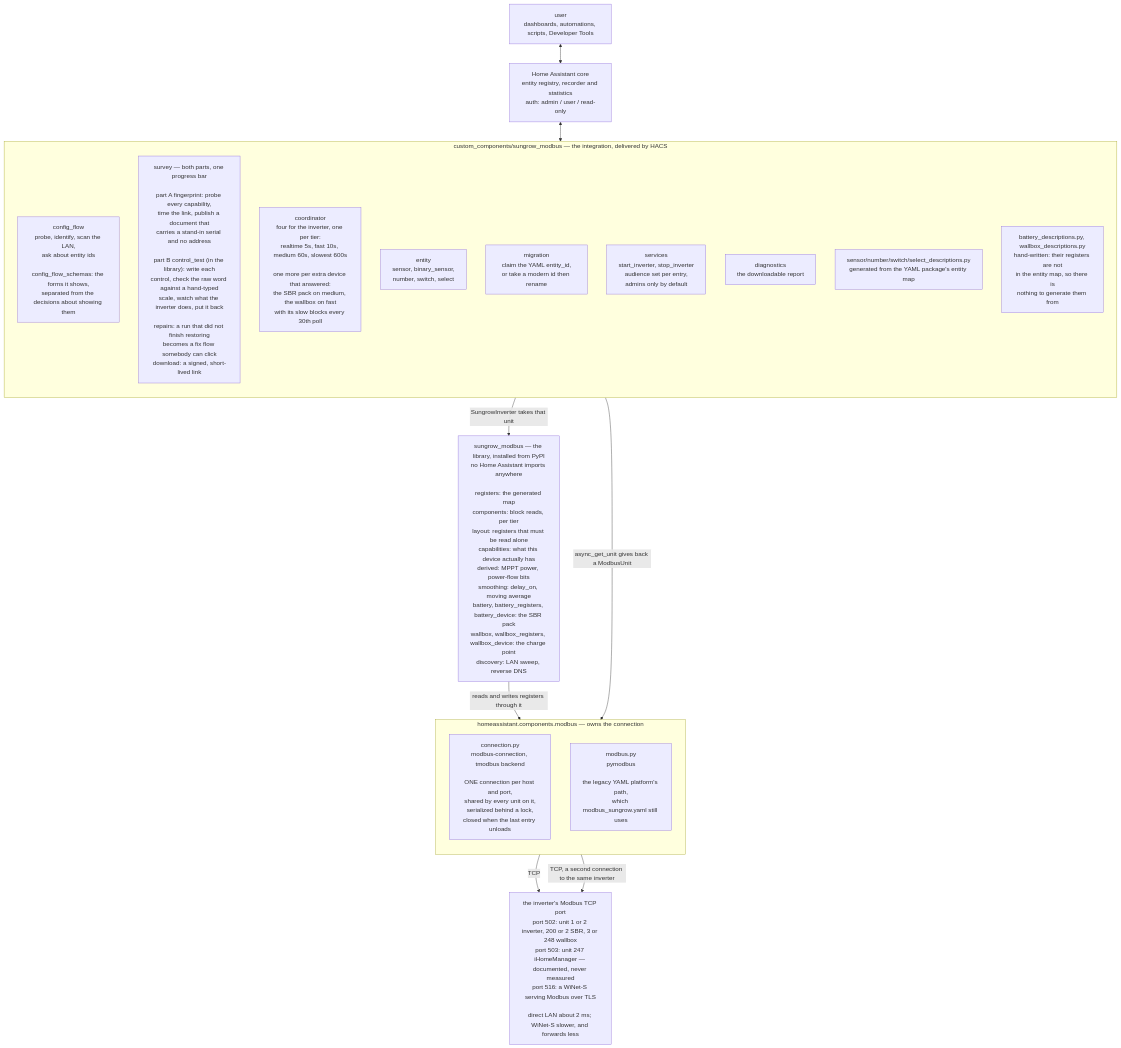
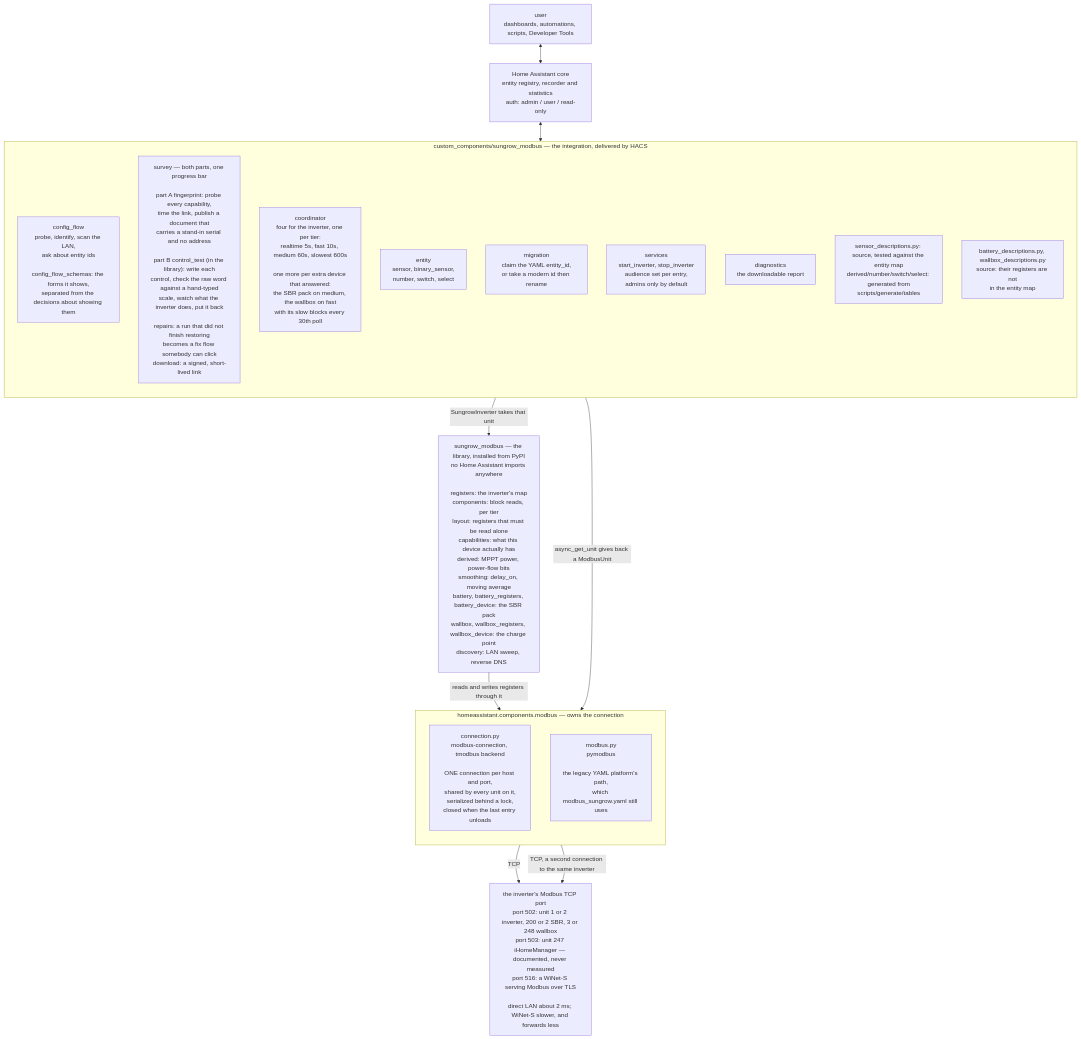
Before and after one commit to mkaiser/Sungrow-SHx-Inverter-Modbus-Home-Assistant: the first of 2 diagrams in doc/architecture.md, drawn with Mermaid. The commit also changed other lines of this file and 175 other files, not shown here.

````diff
--- a/doc/architecture.md
+++ b/doc/architecture.md
@@ -14,36 +14,36 @@
 ```mermaid
 flowchart TD
     user["user<br/>dashboards, automations, scripts, Developer Tools"]
     core["Home Assistant core<br/>entity registry, recorder and statistics<br/>auth: admin / user / read-only"]
 
     subgraph integration["custom_components/sungrow_modbus &mdash; the integration, delivered by HACS"]
         direction TB
         flow["config_flow<br/>probe, identify, scan the LAN,<br/>ask about entity ids<br/><br/>config_flow_schemas: the forms it shows,<br/>separated from the decisions about showing them"]
         survey["survey &mdash; both parts, one progress bar<br/><br/>part A fingerprint: probe every capability,<br/>time the link, publish a document that<br/>carries a stand-in serial and no address<br/><br/>part B control_test (in the library): write each<br/>control, check the raw word against a hand-typed<br/>scale, watch what the inverter does, put it back<br/><br/>repairs: a run that did not finish restoring<br/>becomes a fix flow somebody can click<br/>download: a signed, short-lived link"]
         coord["coordinator<br/>four for the inverter, one per tier:<br/>realtime 5s, fast 10s, medium 60s, slowest 600s<br/><br/>one more per extra device that answered:<br/>the SBR pack on medium, the wallbox on fast<br/>with its slow blocks every 30th poll"]
         ent["entity<br/>sensor, binary_sensor,<br/>number, switch, select"]
         mig["migration<br/>claim the YAML entity_id,<br/>or take a modern id then rename"]
         svc["services<br/>start_inverter, stop_inverter<br/>audience set per entry,<br/>admins only by default"]
         diag["diagnostics<br/>the downloadable report"]
-        gen["sensor/number/switch/select_descriptions.py<br/>generated from the YAML package's entity map"]
-        hand["battery_descriptions.py, wallbox_descriptions.py<br/>hand-written: their registers are not<br/>in the entity map, so there is<br/>nothing to generate them from"]
+        gen["sensor_descriptions.py: source, tested against the entity map<br/>derived/number/switch/select: generated from<br/>scripts/generate/tables"]
+        hand["battery_descriptions.py, wallbox_descriptions.py<br/>source: their registers are not<br/>in the entity map"]
     end
 
-    lib["sungrow_modbus &mdash; the library, installed from PyPI<br/>no Home Assistant imports anywhere<br/><br/>registers: the generated map<br/>components: block reads, per tier<br/>layout: registers that must be read alone<br/>capabilities: what this device actually has<br/>derived: MPPT power, power-flow bits<br/>smoothing: delay_on, moving average<br/>battery, battery_registers, battery_device: the SBR pack<br/>wallbox, wallbox_registers, wallbox_device: the charge point<br/>discovery: LAN sweep, reverse DNS"]
+    lib["sungrow_modbus &mdash; the library, installed from PyPI<br/>no Home Assistant imports anywhere<br/><br/>registers: the inverter's map<br/>components: block reads, per tier<br/>layout: registers that must be read alone<br/>capabilities: what this device actually has<br/>derived: MPPT power, power-flow bits<br/>smoothing: delay_on, moving average<br/>battery, battery_registers, battery_device: the SBR pack<br/>wallbox, wallbox_registers, wallbox_device: the charge point<br/>discovery: LAN sweep, reverse DNS"]
 
     subgraph modbus["homeassistant.components.modbus &mdash; owns the connection"]
         direction TB
         newpath["connection.py<br/>modbus-connection, tmodbus backend<br/><br/>ONE connection per host and port,<br/>shared by every unit on it,<br/>serialized behind a lock,<br/>closed when the last entry unloads"]
         oldpath["modbus.py<br/>pymodbus<br/><br/>the legacy YAML platform's path,<br/>which modbus_sungrow.yaml still uses"]
     end
 
     device["the inverter's Modbus TCP port<br/>port 502: unit 1 or 2 inverter, 200 or 2 SBR, 3 or 248 wallbox<br/>port 503: unit 247 iHomeManager &mdash; documented, never measured<br/>port 516: a WiNet-S serving Modbus over TLS<br/><br/>direct LAN about 2 ms; WiNet-S slower, and forwards less"]
 
     user <--> core
     core <--> integration
     integration -- "async_get_unit gives back a ModbusUnit" --> newpath
     integration -- "SungrowInverter takes that unit" --> lib
     lib -- "reads and writes registers through it" --> newpath
     newpath -- "TCP" --> device
     oldpath -- "TCP, a second connection to the same inverter" --> device
 ```
````
